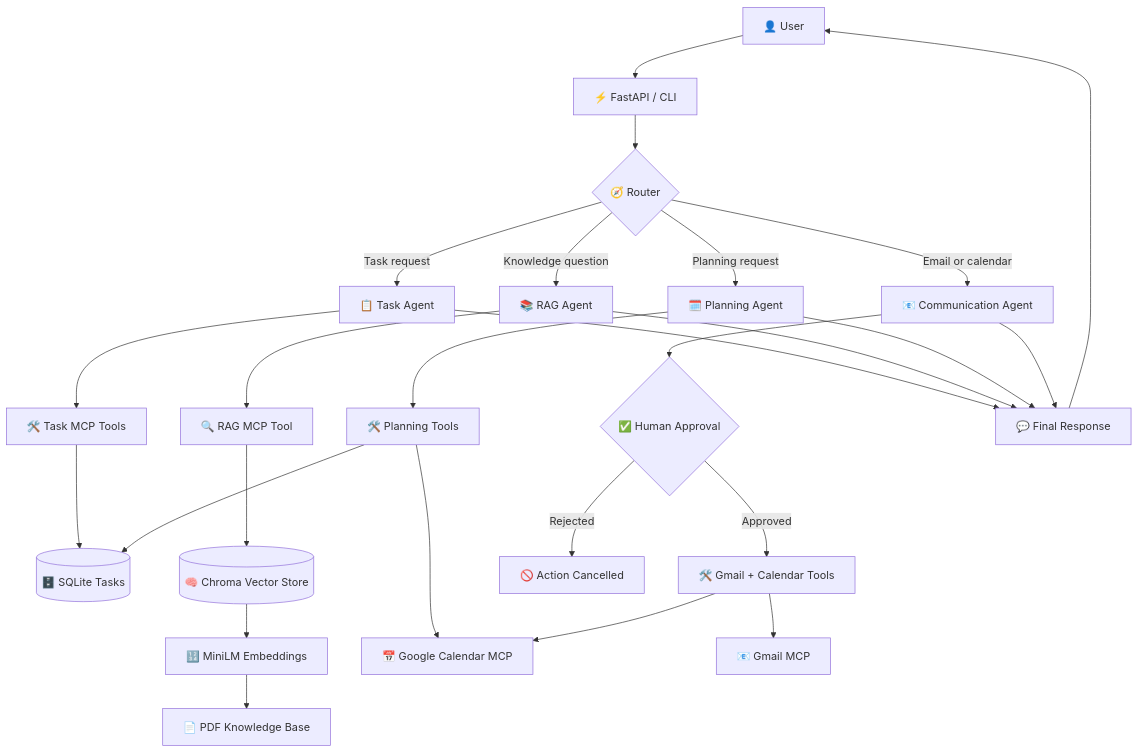
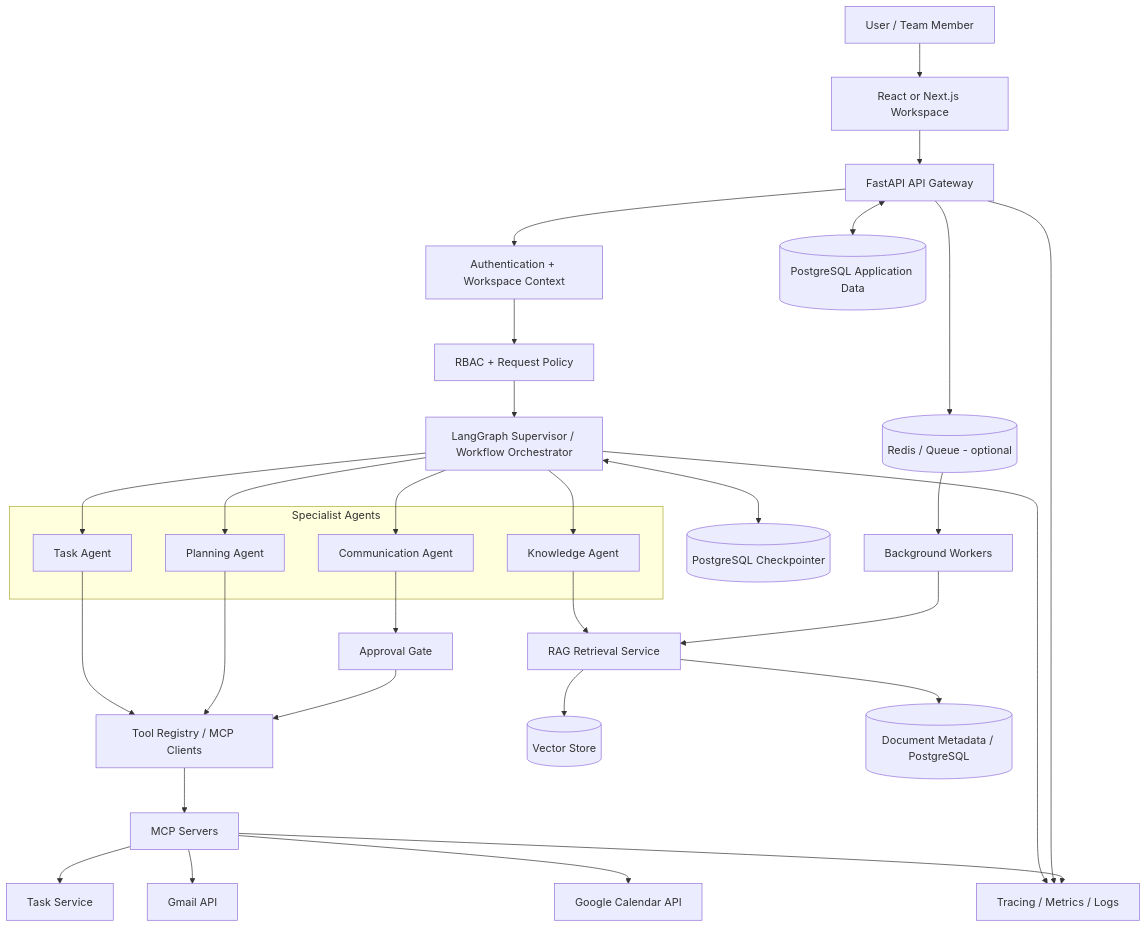
Before and after one commit to pradeep-1995/workmate-ai-langgraph-rag-agents: the third of 7 diagrams in README.md, drawn with Mermaid. The commit also changed other lines of this file, not shown here.

````diff
--- a/README.md
+++ b/README.md
@@ -62,36 +158,44 @@
 ```mermaid
-flowchart TD
-    User[👤 User] --> API[⚡ FastAPI / CLI]
-    API --> Router{🧭 Router}
+flowchart TB
+    U[User / Team Member] --> UI[React or Next.js Workspace]
+    UI --> API[FastAPI API Gateway]
+    API --> AUTH[Authentication + Workspace Context]
+    AUTH --> POLICY[RBAC + Request Policy]
+    POLICY --> ORCH[LangGraph Supervisor / Workflow Orchestrator]
 
-    Router -->|Task request| TaskAgent[📋 Task Agent]
-    Router -->|Knowledge question| RAGAgent[📚 RAG Agent]
-    Router -->|Planning request| PlanningAgent[🗓️ Planning Agent]
-    Router -->|Email or calendar| CommunicationAgent[📧 Communication Agent]
+    subgraph AGENTS[Specialist Agents]
+      TASK[Task Agent]
+      KNOW[Knowledge Agent]
+      PLAN[Planning Agent]
+      COMM[Communication Agent]
+    end
 
-    TaskAgent --> TaskTools[🛠️ Task MCP Tools]
-    TaskTools --> SQLite[(🗄️ SQLite Tasks)]
+    ORCH --> TASK
+    ORCH --> KNOW
+    ORCH --> PLAN
+    ORCH --> COMM
 
-    RAGAgent --> RAGTool[🔍 RAG MCP Tool]
-    RAGTool --> Chroma[(🧠 Chroma Vector Store)]
-    Chroma --> MiniLM[🔢 MiniLM Embeddings]
-    MiniLM --> PDF[📄 PDF Knowledge Base]
+    TASK --> TOOLS[Tool Registry / MCP Clients]
+    KNOW --> RAG[RAG Retrieval Service]
+    PLAN --> TOOLS
+    COMM --> APPROVAL[Approval Gate]
+    APPROVAL --> TOOLS
 
-    PlanningAgent --> PlanningTools[🛠️ Planning Tools]
-    PlanningTools --> SQLite
-    PlanningTools --> Calendar[📅 Google Calendar MCP]
+    TOOLS --> MCP[MCP Servers]
+    MCP --> TASKDB[Task Service]
+    MCP --> GMAIL[Gmail API]
+    MCP --> CAL[Google Calendar API]
 
-    CommunicationAgent --> Approval{✅ Human Approval}
-    Approval -->|Approved| CommunicationTools[🛠️ Gmail + Calendar Tools]
-    Approval -->|Rejected| Rejected[🚫 Action Cancelled]
+    RAG --> VDB[(Vector Store)]
+    RAG --> DOCDB[(Document Metadata / PostgreSQL)]
 
-    CommunicationTools --> Gmail[📧 Gmail MCP]
-    CommunicationTools --> Calendar
+    ORCH <--> CHECK[(PostgreSQL Checkpointer)]
+    API <--> APPDB[(PostgreSQL Application Data)]
+    API --> REDIS[(Redis / Queue - optional)]
+    REDIS --> WORKER[Background Workers]
+    WORKER --> RAG
 
-    TaskAgent --> Response[💬 Final Response]
-    RAGAgent --> Response
-    PlanningAgent --> Response
-    CommunicationAgent --> Response
-
-    Response --> User
+    ORCH --> OBS[Tracing / Metrics / Logs]
+    API --> OBS
+    MCP --> OBS
 ```
````
